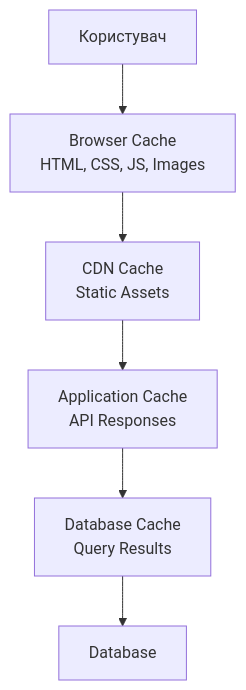
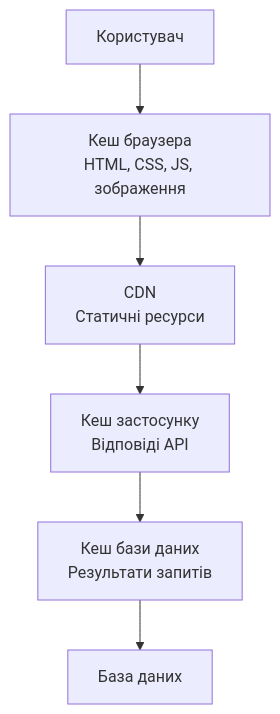
Before and after one commit to olroi421/course-opi-v2: the third of 4 diagrams in lectures/lecture-16.md, drawn with Mermaid. The commit also changed other lines of this file and 9 other files, not shown here.

````diff
--- a/lectures/lecture-16.md
+++ b/lectures/lecture-16.md
@@ -338,8 +332,8 @@
 ```mermaid
 graph TB
-    A[Користувач] --> B[Browser Cache<br/>HTML, CSS, JS, Images]
-    B --> C[CDN Cache<br/>Static Assets]
-    C --> D[Application Cache<br/>API Responses]
-    D --> E[Database Cache<br/>Query Results]
-    E --> F[Database]
+    A[Користувач] --> B[Кеш браузера<br/>HTML, CSS, JS, зображення]
+    B --> C[CDN<br/>Статичні ресурси]
+    C --> D[Кеш застосунку<br/>Відповіді API]
+    D --> E[Кеш бази даних<br/>Результати запитів]
+    E --> F[База даних]
 ```
````
